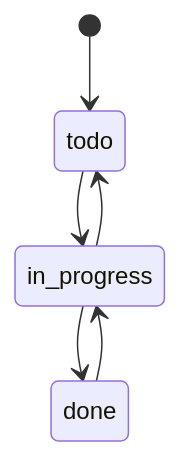
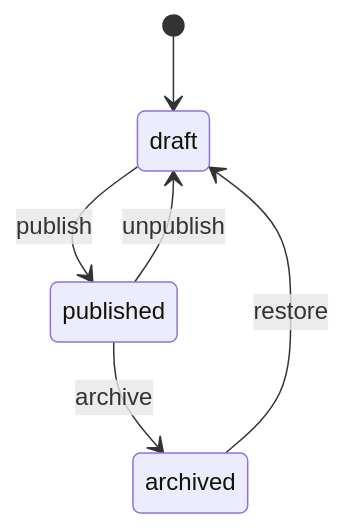
One commit to poluru-labs/fastapi-realworld-projects changed the second of 2 diagrams in intermediate/fastapi-blog/README.md. Above: the diagram before and after it, drawn with Mermaid. The commit also changed other lines of this file and 30 other files, not shown here.

````diff
--- a/intermediate/fastapi-blog/README.md
+++ b/intermediate/fastapi-blog/README.md
@@ -76,8 +71,8 @@
 ```mermaid
 stateDiagram-v2
-  [*] --> todo
-  todo --> in_progress
-  in_progress --> todo
-  in_progress --> done
-  done --> in_progress
+  [*] --> draft
+  draft --> published: publish
+  published --> draft: unpublish
+  published --> archived: archive
+  archived --> draft: restore
 ```
````
